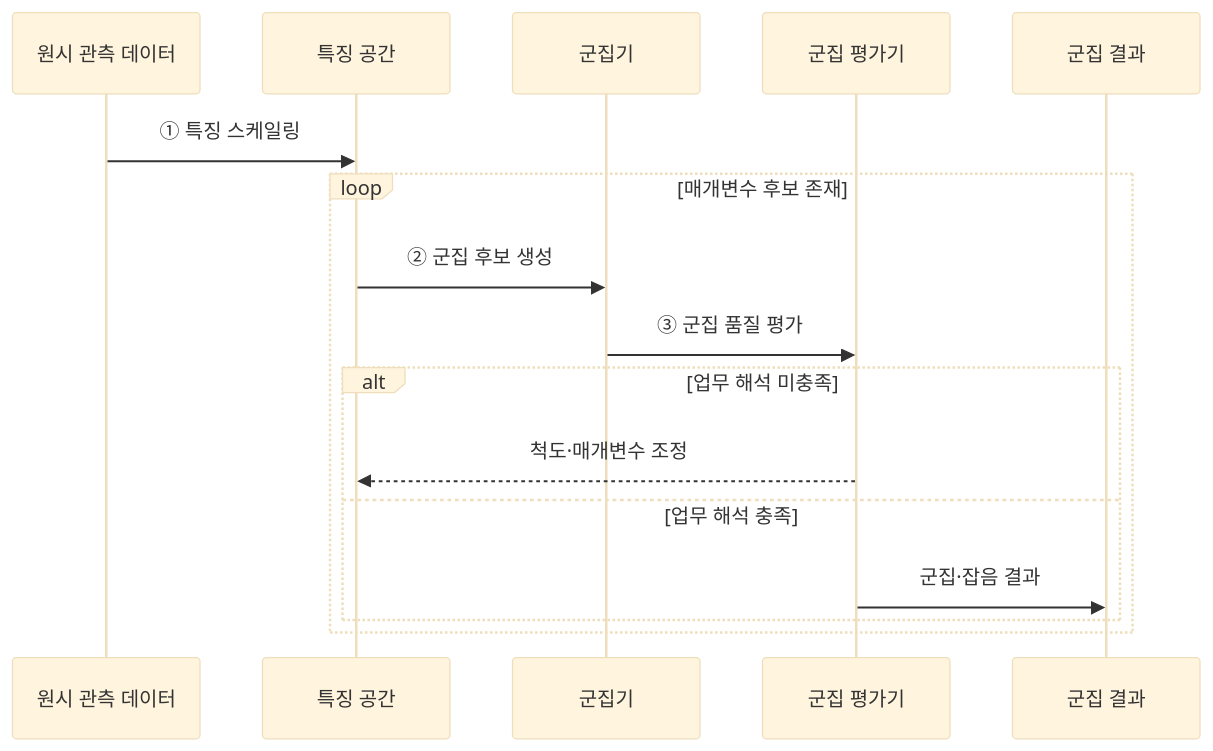
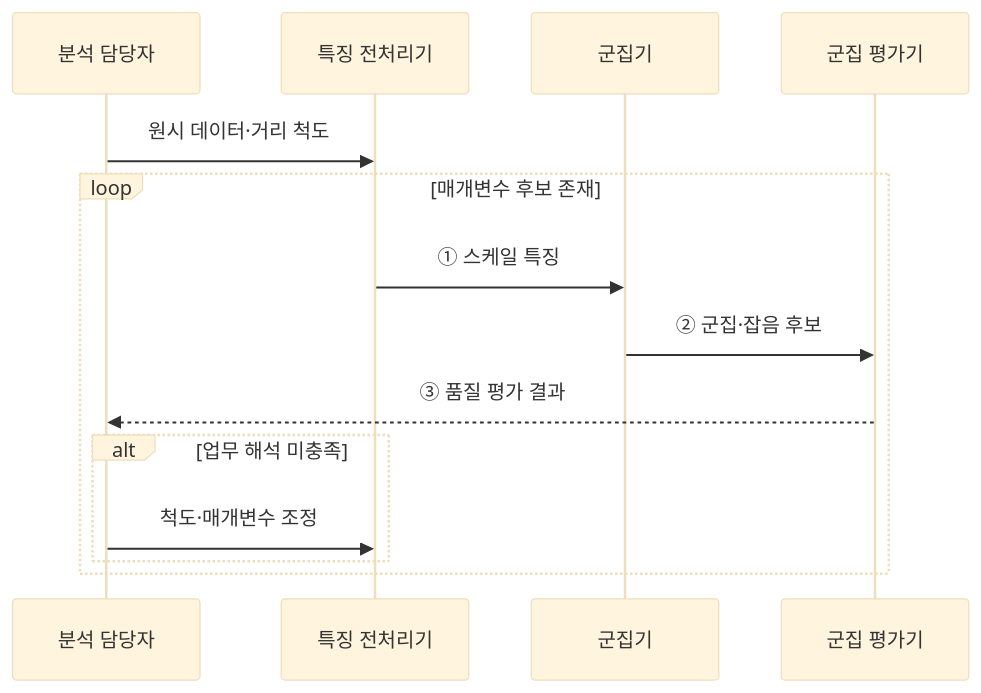
The second of 2 diagrams in src/content/docs/notes/01-basic-theory/035_clustering.md (agnusdei1207/knowledge-base), drawn with Mermaid (base theme) before and after one commit. The commit also changed other lines of this file and 10 other files, not shown here.

````diff
--- a/src/content/docs/notes/01-basic-theory/035_clustering.md
+++ b/src/content/docs/notes/01-basic-theory/035_clustering.md
@@ -96,18 +88,16 @@
 ```mermaid
 sequenceDiagram
-    participant R as 원시 관측 데이터
-    participant F as 특징 공간
+    participant A as 분석 담당자
+    participant P as 특징 전처리기
     participant C as 군집기
     participant E as 군집 평가기
-    participant O as 군집 결과
-    R->>F: ① 특징 스케일링
+    A->>P: 원시 데이터·거리 척도
     loop 매개변수 후보 존재
-        F->>C: ② 군집 후보 생성
-        C->>E: ③ 군집 품질 평가
+        P->>C: ① 스케일 특징
+        C->>E: ② 군집·잡음 후보
+        E-->>A: ③ 품질 평가 결과
         alt 업무 해석 미충족
-            E-->>F: 척도·매개변수 조정
-        else 업무 해석 충족
-            E->>O: 군집·잡음 결과
+            A->>P: 척도·매개변수 조정
         end
     end
 ```
````
